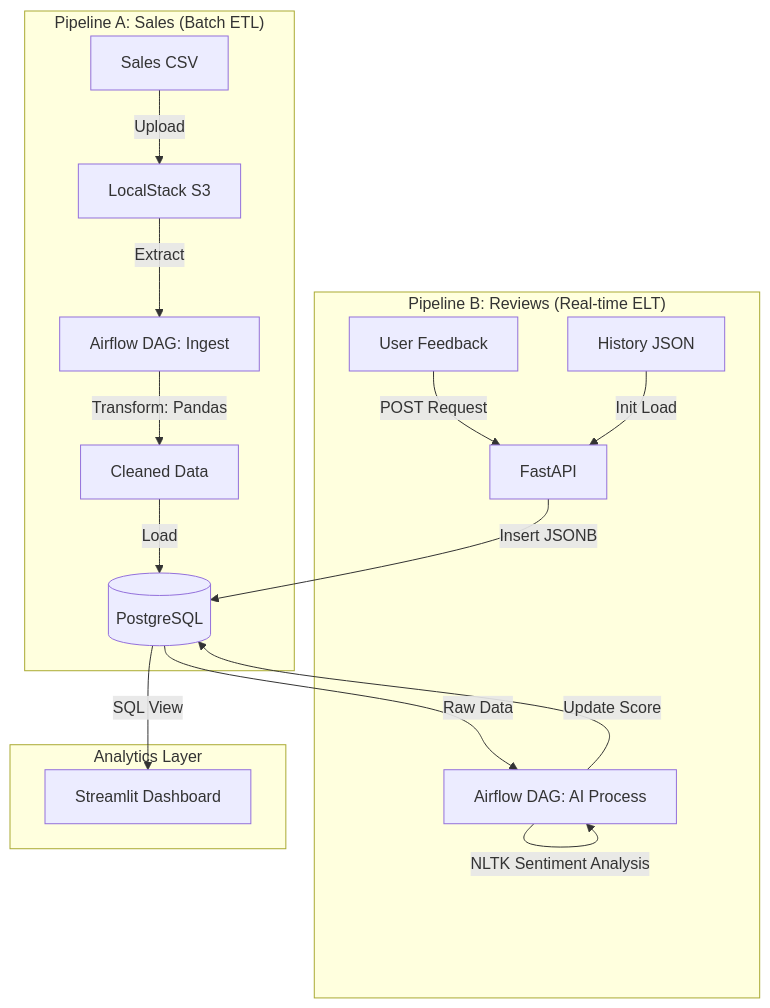
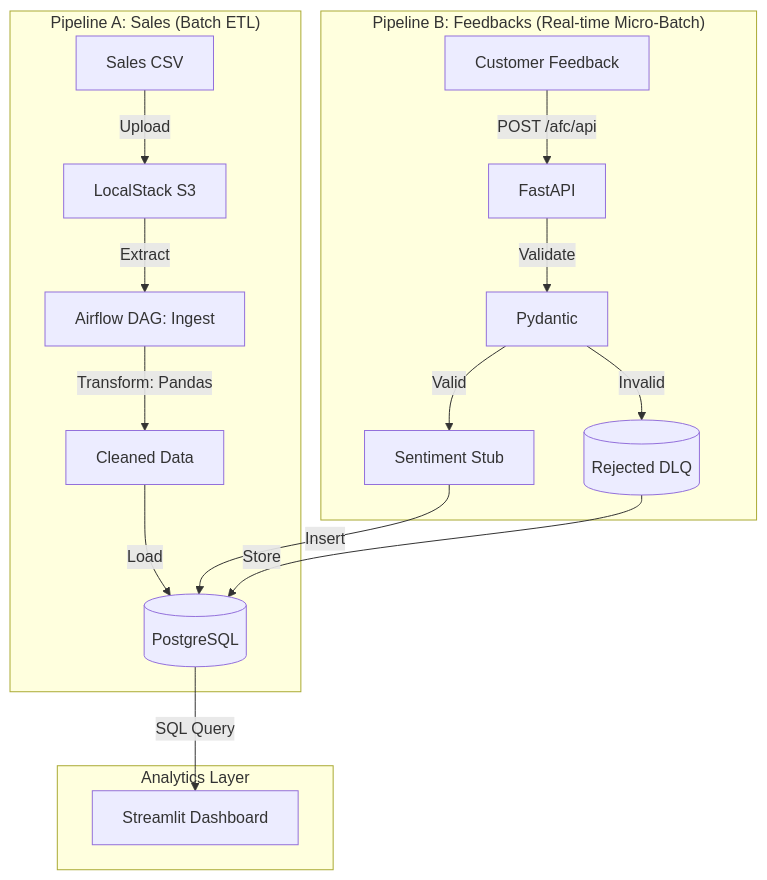
The diagram in README.md (Adelllllllll/AFC-Solution), drawn with Mermaid before and after one commit. The commit also changed 5 other files, not shown here.

````diff
--- a/README.md
+++ b/README.md
@@ -20,22 +20,22 @@
 ```mermaid
 graph TD
     subgraph "Pipeline A: Sales (Batch ETL)"
         CSV[Sales CSV] -->|Upload| S3[LocalStack S3]
         S3 -->|Extract| DAG1[Airflow DAG: Ingest]
         DAG1 -->|Transform: Pandas| Clean[Cleaned Data]
         Clean -->|Load| DB[(PostgreSQL)]
     end
 
-    subgraph "Pipeline B: Reviews (Real-time ELT)"
-        User[User Feedback] -->|POST Request| API[FastAPI]
-        File[History JSON] -->|Init Load| API
-        API -->|Insert JSONB| DB
-        DB -- Raw Data --> DAG2[Airflow DAG: AI Process]
-        DAG2 -- NLTK Sentiment Analysis --> DAG2
-        DAG2 -->|Update Score| DB
+    subgraph "Pipeline B: Feedbacks (Real-time Micro-Batch)"
+        User[Customer Feedback] -->|POST /afc/api| API[FastAPI]
+        API -->|Validate| Pydantic[Pydantic]
+        Pydantic -->|Valid| NLP[Sentiment Stub]
+        NLP -->|Insert| DB
+        Pydantic -->|Invalid| DLQ[(Rejected DLQ)]
+        DLQ -->|Store| DB
     end
 
     subgraph "Analytics Layer"
-        DB -->|SQL View| Streamlit[Streamlit Dashboard]
+        DB -->|SQL Query| Dashboard[Streamlit Dashboard]
     end
 ```
````
